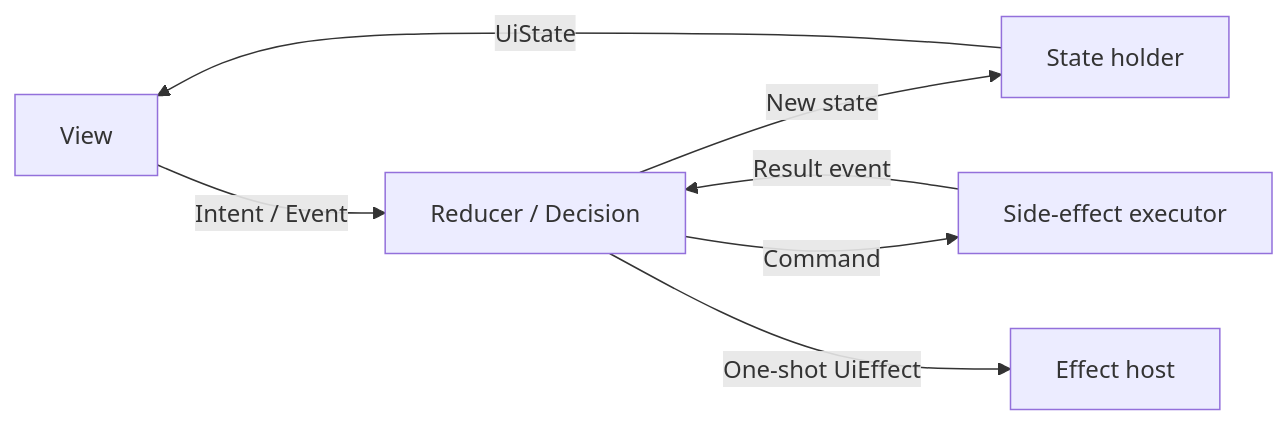
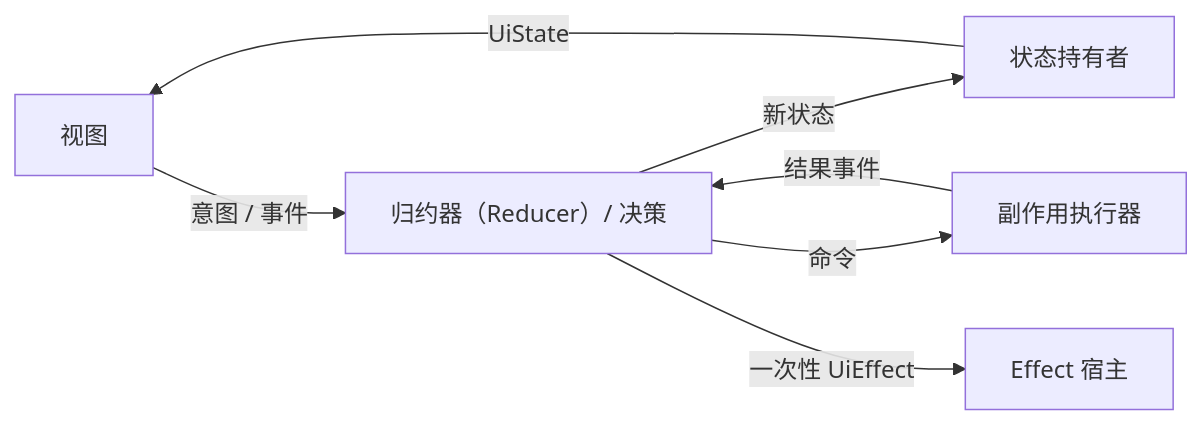
Before and after one commit to s-charvin/ai-delivery-kit: the first of 3 diagrams in .agents-zh/skills/ai-delivery-orchestrator/templates/design-template.md, drawn with Mermaid. The commit also changed other lines of this file and 8 other files, not shown here.

````diff
--- a/.agents-zh/skills/ai-delivery-orchestrator/templates/design-template.md
+++ b/.agents-zh/skills/ai-delivery-orchestrator/templates/design-template.md
@@ -49,9 +51,9 @@
 ```mermaid
 flowchart LR
-  View[View] -->|Intent / Event| Reducer[Reducer / Decision]
-  Reducer -->|New state| Store[State holder]
+  View[视图] -->|意图 / 事件| Reducer[归约器（Reducer）/ 决策]
+  Reducer -->|新状态| Store[状态持有者]
   Store -->|UiState| View
-  Reducer -->|Command| Effects[Side-effect executor]
-  Effects -->|Result event| Reducer
-  Reducer -->|One-shot UiEffect| EffectHost[Effect host]
+  Reducer -->|命令| Effects[副作用执行器]
+  Effects -->|结果事件| Reducer
+  Reducer -->|一次性 UiEffect| EffectHost[Effect 宿主]
 ```
````
